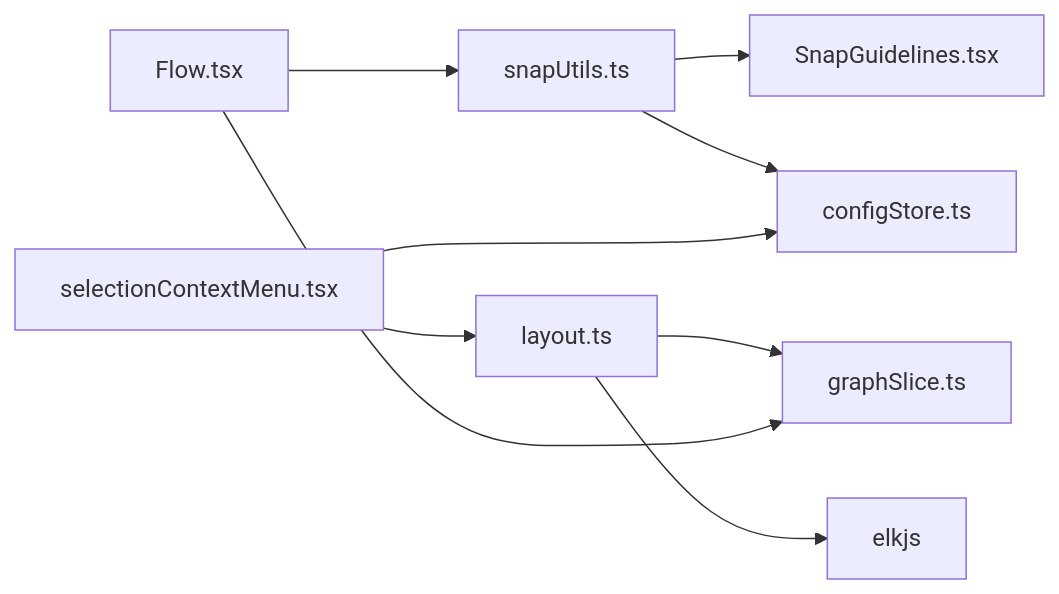
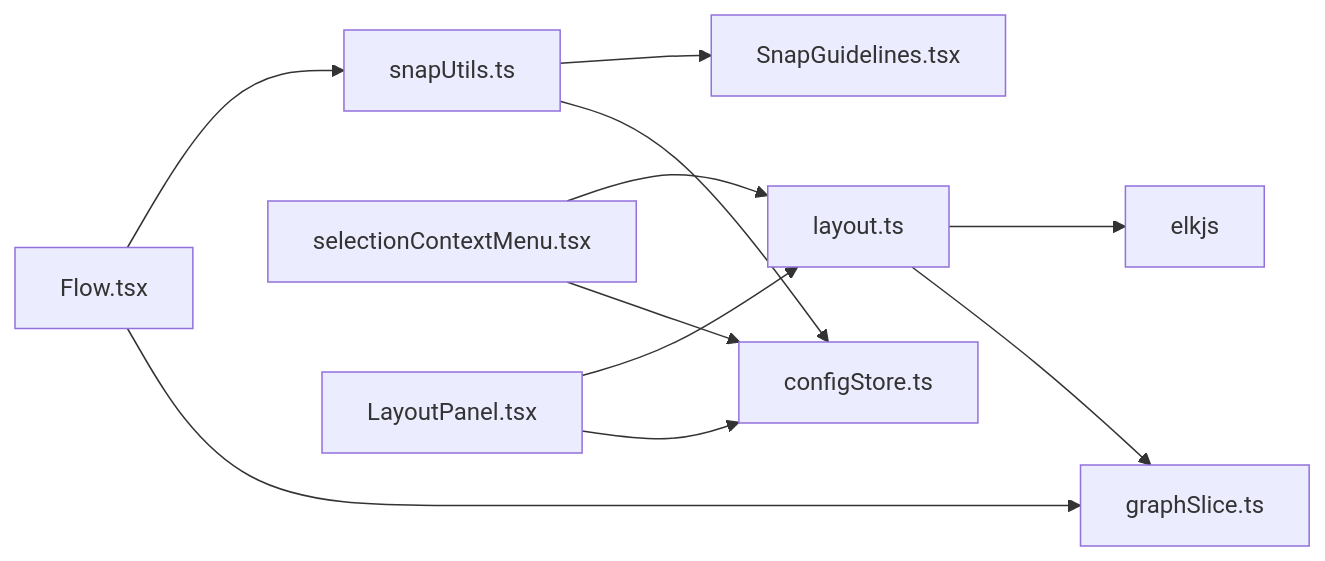
The eighth of 8 diagrams in .qoder/repowiki/zh/content/工作流编辑器/布局算法.md (kqcoxn/MaaPipelineEditor), drawn with Mermaid before and after one commit. The commit also changed other lines of this file and 35 other files, not shown here.

````diff
--- a/.qoder/repowiki/zh/content/工作流编辑器/布局算法.md
+++ b/.qoder/repowiki/zh/content/工作流编辑器/布局算法.md
@@ -308,11 +363,13 @@
 ```mermaid
 graph LR
 LH["layout.ts"] --> ELK["elkjs"]
 LH --> GS["graphSlice.ts"]
 SU["snapUtils.ts"] --> SG["SnapGuidelines.tsx"]
 SU --> CS["configStore.ts"]
 FLOW["Flow.tsx"] --> SU
 FLOW --> GS
 SCM["selectionContextMenu.tsx"] --> LH
+LP["LayoutPanel.tsx"] --> LH
 SCM --> CS
+LP --> CS
 ```
````
